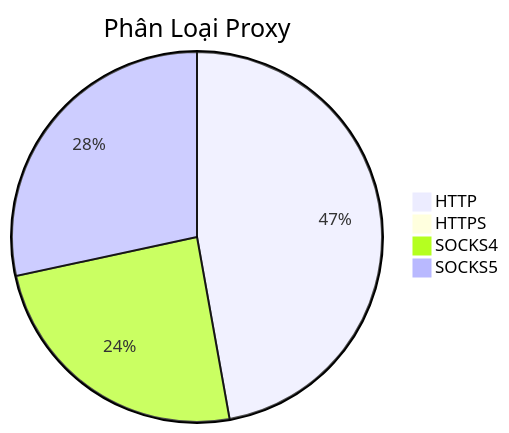
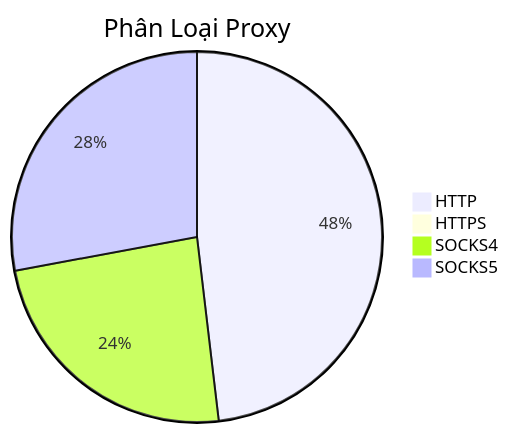
The diagram in README.md (Ciara-12/PROXY-free), drawn with Mermaid before and after one commit. The commit also changed other lines of this file and 3 other files, not shown here.

````diff
--- a/README.md
+++ b/README.md
@@ -26,7 +26,7 @@
 ```mermaid
 pie title Phân Loại Proxy
-    "HTTP" : 577
+    "HTTP" : 667
     "HTTPS" : 0
-    "SOCKS4" : 299
-    "SOCKS5" : 347
+    "SOCKS4" : 332
+    "SOCKS5" : 387
 ```
````
